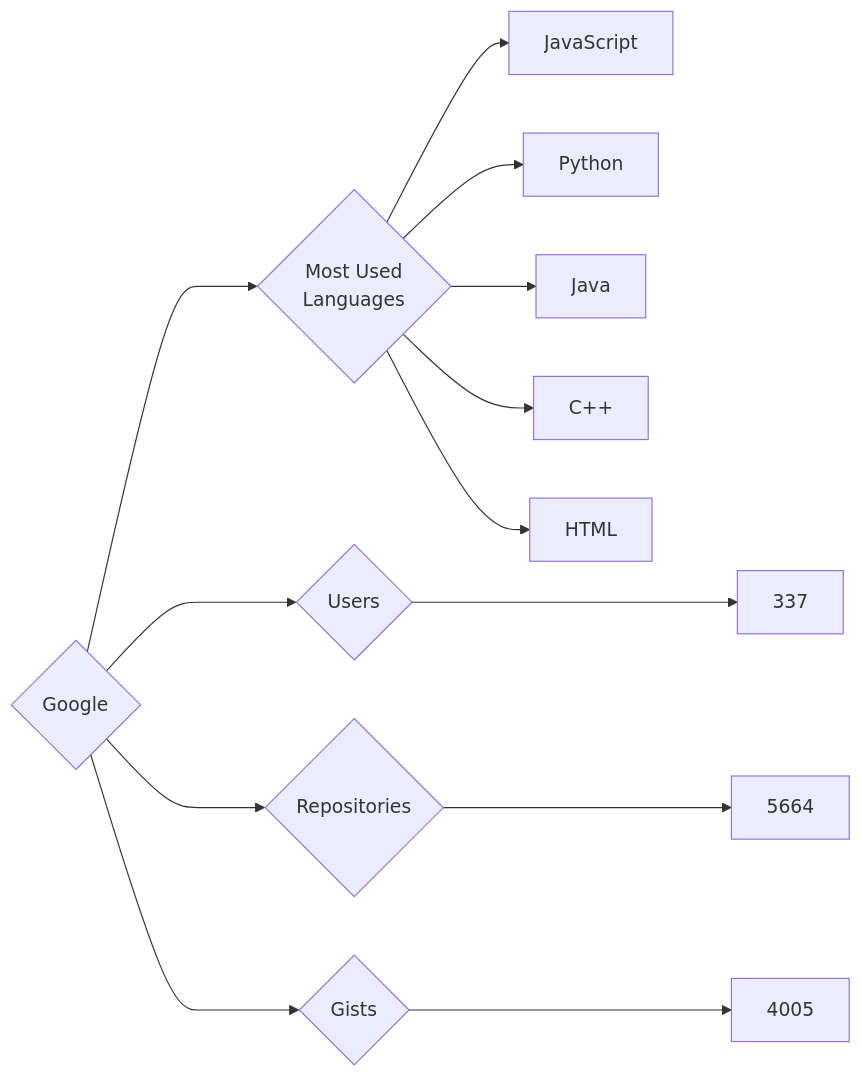
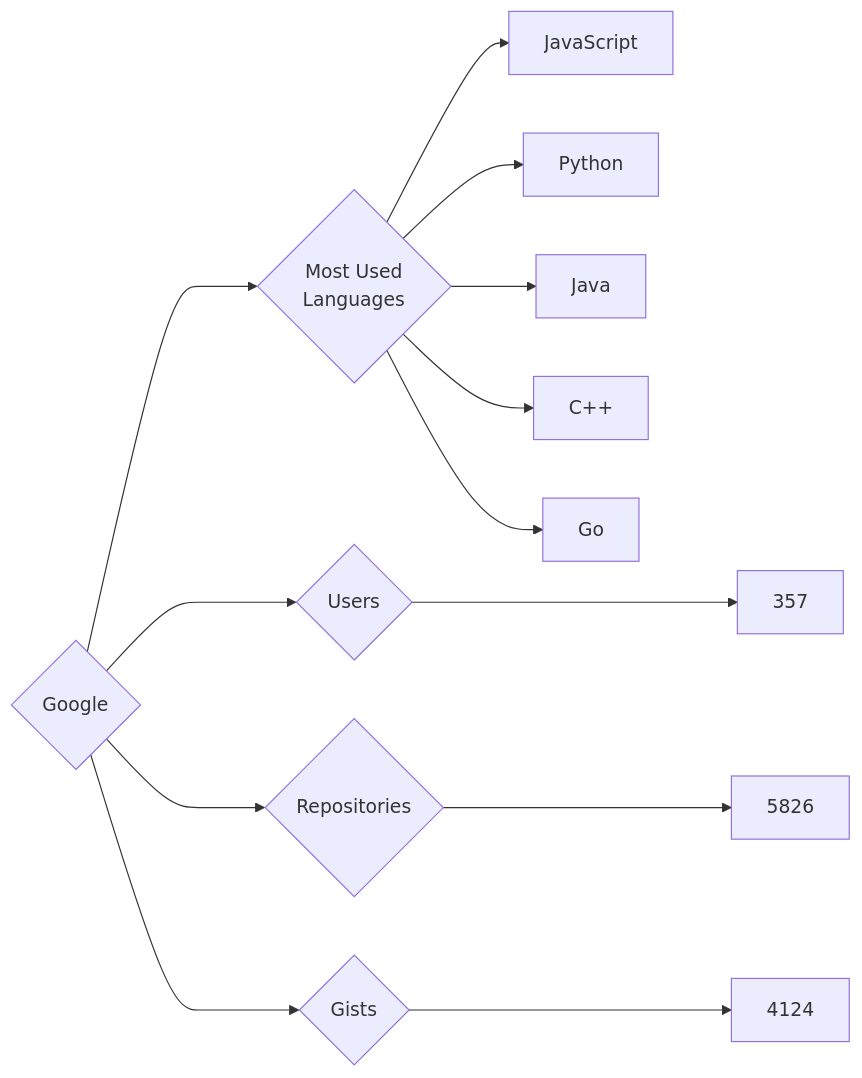
One commit to trickest/insiders changed the diagram in targets/Google/README.md. Above: the diagram before and after it, drawn with Mermaid. The commit also changed 750 other files, not shown here.

````diff
--- a/targets/Google/README.md
+++ b/targets/Google/README.md
@@ -3,13 +3,13 @@
 ```mermaid
 graph LR
 COMPANY_NAME{Google}
-COMPANY_NAME ---> U{Users} ---> UN[337]
-COMPANY_NAME ---> R{Repositories} ---> RN[5664]
-COMPANY_NAME ---> G{Gists} ---> GN[4005]
+COMPANY_NAME ---> U{Users} ---> UN[357]
+COMPANY_NAME ---> R{Repositories} ---> RN[5826]
+COMPANY_NAME ---> G{Gists} ---> GN[4124]
 COMPANY_NAME ---> ML{Most Used<br>Languages}
 ML --> JavaScript[JavaScript]
 ML --> Python[Python]
 ML --> Java[Java]
 ML --> C++[C++]
-ML --> HTML[HTML]
+ML --> Go[Go]
 ```
````
